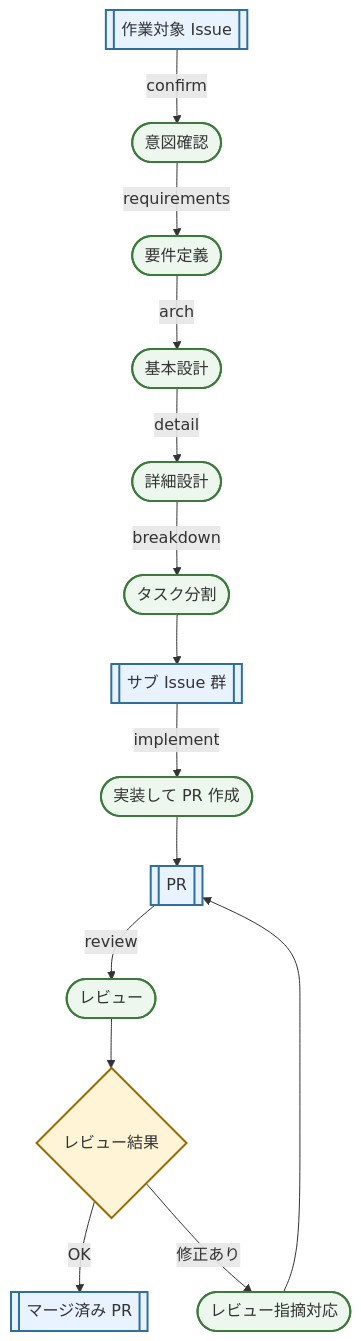
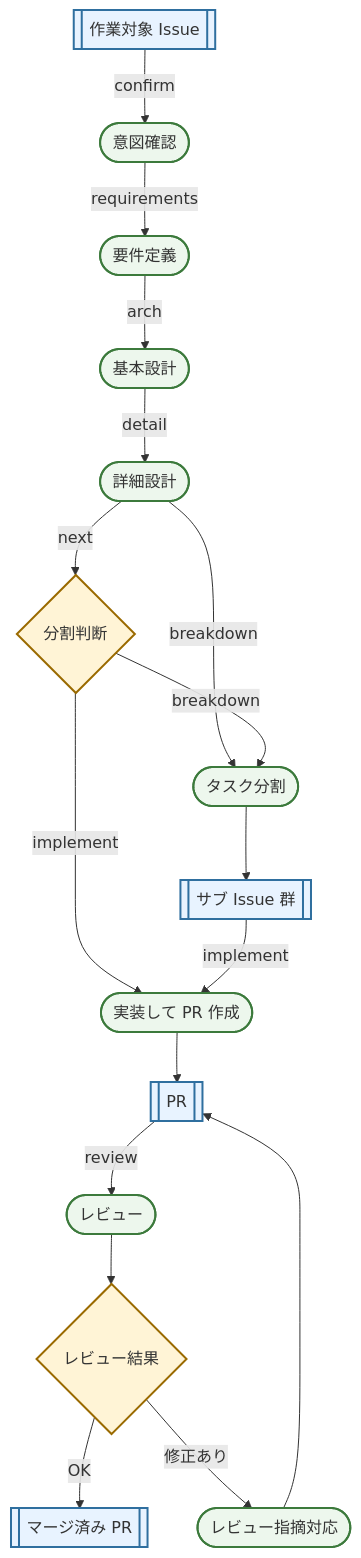
The diagram in README.md (Hiroshiba/vv-ai), drawn with Mermaid before and after one commit. The commit also changed other lines of this file and 12 other files, not shown here.

````diff
--- a/README.md
+++ b/README.md
@@ -11,38 +11,42 @@
 ```mermaid
 flowchart TD
   issue[["作業対象 Issue"]]
   intent(["意図確認"])
   requirements(["要件定義"])
   arch(["基本設計"])
   detail(["詳細設計"])
+  next_decision{"分割判断"}
   breakdown(["タスク分割"])
   subissues[["サブ Issue 群"]]
   implement_issue(["実装して PR 作成"])
   pr[["PR"]]
   review(["レビュー"])
   review_result{"レビュー結果"}
   address(["レビュー指摘対応"])
   merged[["マージ済み PR"]]
 
   issue -- "confirm" --> intent
   intent -- "requirements" --> requirements
   requirements -- "arch" --> arch
   arch -- "detail" --> detail
+  detail -- "next" --> next_decision
   detail -- "breakdown" --> breakdown
+  next_decision -- "breakdown" --> breakdown
+  next_decision -- "implement" --> implement_issue
   breakdown --> subissues
   subissues -- "implement" --> implement_issue
   implement_issue --> pr
   pr -- "review" --> review
   review --> review_result
   review_result -- "OK" --> merged
   review_result -- "修正あり" --> address
   address --> pr
 
   class issue,subissues,pr,merged githubObject
   class intent,requirements,arch,detail,breakdown,implement_issue,review,address aiStep
-  class review_result decision
+  class next_decision,review_result decision
 
   classDef githubObject fill:#e8f3ff,stroke:#2f6f9f,stroke-width:2px
   classDef aiStep fill:#edf7ed,stroke:#3c7a3c,stroke-width:2px
   classDef decision fill:#fff4d6,stroke:#9a6a00,stroke-width:2px
 ```
````
